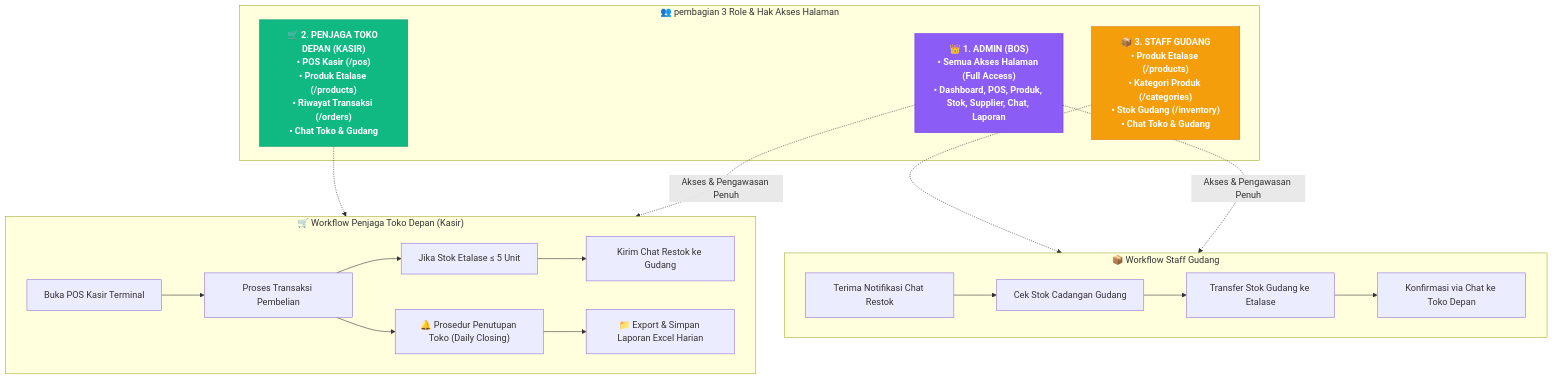
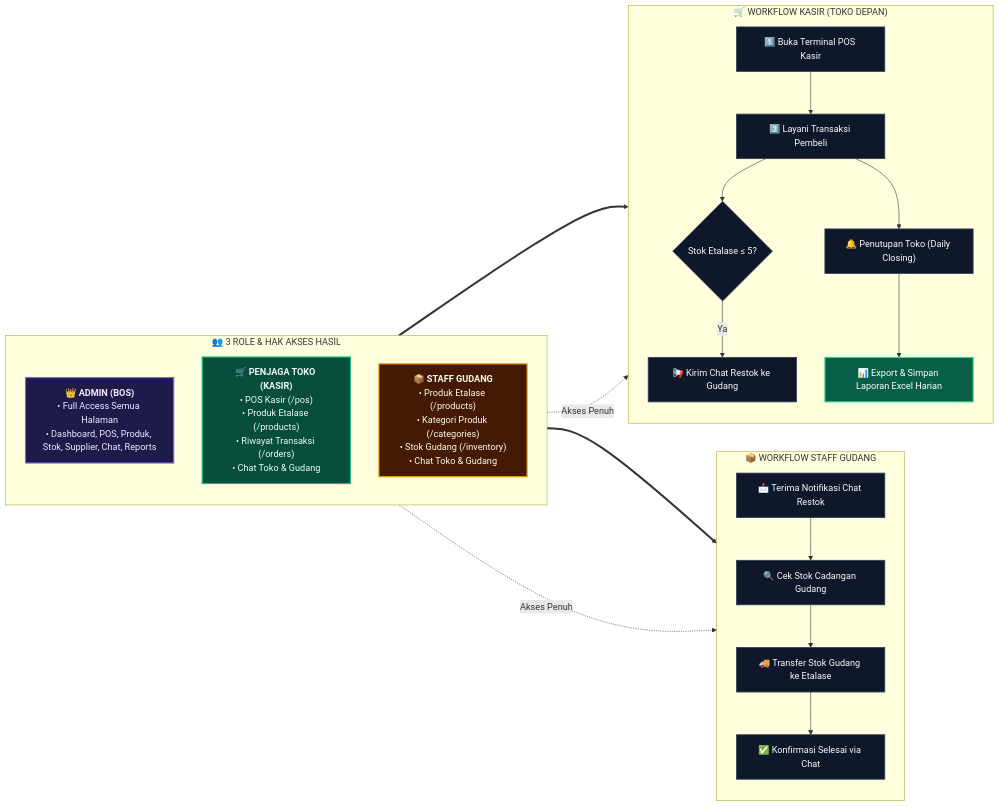
Before and after one commit to alberic13/pos-web-zalde: the first of 2 diagrams in README.md, drawn with Mermaid.

````diff
--- a/README.md
+++ b/README.md
@@ -9,32 +9,41 @@
 ```mermaid
-graph TD
-    classDef admin fill:#8b5cf6,stroke:#7c3aed,color:#ffffff,font-weight:bold
-    classDef kasir fill:#10b981,stroke:#059669,color:#ffffff,font-weight:bold
-    classDef gudang fill:#f59e0b,stroke:#d97706,color:#ffffff,font-weight:bold
-    classDef process fill:#0f172a,stroke:#334155,color:#f8fafc
+flowchart LR
+    %% Styling Classes
+    classDef roleAdmin fill:#1e1b4b,stroke:#8b5cf6,stroke-width:2px,color:#f3e8ff
+    classDef roleKasir fill:#064e3b,stroke:#10b981,stroke-width:2px,color:#ecfdf5
+    classDef roleGudang fill:#451a03,stroke:#f59e0b,stroke-width:2px,color:#fffbeb
+    classDef stepNode fill:#0f172a,stroke:#334155,stroke-width:1.5px,color:#f8fafc
+    classDef highlightNode fill:#065f46,stroke:#34d399,stroke-width:2px,color:#ffffff
 
-    subgraph ROLES[" 👥 pembagian 3 Role & Hak Akses Halaman "]
-        ADMIN["👑 1. ADMIN (BOS)<br/>• Semua Akses Halaman (Full Access)<br/>• Dashboard, POS, Produk, Stok, Supplier, Chat, Laporan"]:::admin
-        KASIR["🛒 2. PENJAGA TOKO DEPAN (KASIR)<br/>• POS Kasir (/pos)<br/>• Produk Etalase (/products)<br/>• Riwayat Transaksi (/orders)<br/>• Chat Toko & Gudang"]:::kasir
-        GUDANG["📦 3. STAFF GUDANG<br/>• Produk Etalase (/products)<br/>• Kategori Produk (/categories)<br/>• Stok Gudang (/inventory)<br/>• Chat Toko & Gudang"]:::gudang
+    %% 1. ROLES DEFINITION
+    subgraph ROLES[" 👥 3 ROLE & HAK AKSES HASIL "]
+        direction TB
+        ADMIN["👑 <b>ADMIN (BOS)</b><br/>• Full Access Semua Halaman<br/>• Dashboard, POS, Produk, Stok, Supplier, Chat, Reports"]:::roleAdmin
+        KASIR["🛒 <b>PENJAGA TOKO (KASIR)</b><br/>• POS Kasir (/pos)<br/>• Produk Etalase (/products)<br/>• Riwayat Transaksi (/orders)<br/>• Chat Toko & Gudang"]:::roleKasir
+        GUDANG["📦 <b>STAFF GUDANG</b><br/>• Produk Etalase (/products)<br/>• Kategori Produk (/categories)<br/>• Stok Gudang (/inventory)<br/>• Chat Toko & Gudang"]:::roleGudang
     end
 
-    subgraph KASIR_FLOW[" 🛒 Workflow Penjaga Toko Depan (Kasir) "]
-        K1["Buka POS Kasir Terminal"] --> K2["Proses Transaksi Pembelian"]
-        K2 --> K3["Jika Stok Etalase ≤ 5 Unit"]
-        K3 --> K4["Kirim Chat Restok ke Gudang"]
-        K2 --> K5["🔔 Prosedur Penutupan Toko (Daily Closing)"]
-        K5 --> K6["📁 Export & Simpan Laporan Excel Harian"]
+    %% 2. KASIR WORKFLOW
+    subgraph KASIR_FLOW[" 🛒 WORKFLOW KASIR (TOKO DEPAN) "]
+        direction TB
+        K1["1️⃣ Buka Terminal POS Kasir"]:::stepNode --> K2["2️⃣ Layani Transaksi Pembeli"]:::stepNode
+        K2 --> K3{"Stok Etalase ≤ 5?"}:::stepNode
+        K3 -- Ya --> K4["📢 Kirim Chat Restok ke Gudang"]:::stepNode
+        K2 --> K5["🔔 Penutupan Toko (Daily Closing)"]:::stepNode
+        K5 --> K6["📊 Export & Simpan Laporan Excel Harian"]:::highlightNode
     end
 
-    subgraph GUDANG_FLOW[" 📦 Workflow Staff Gudang "]
-        G1["Terima Notifikasi Chat Restok"] --> G2["Cek Stok Cadangan Gudang"]
-        G2 --> G3["Transfer Stok Gudang ke Etalase"]
-        G3 --> G4["Konfirmasi via Chat ke Toko Depan"]
+    %% 3. GUDANG WORKFLOW
+    subgraph GUDANG_FLOW[" 📦 WORKFLOW STAFF GUDANG "]
+        direction TB
+        G1["📩 Terima Notifikasi Chat Restok"]:::stepNode --> G2["🔍 Cek Stok Cadangan Gudang"]:::stepNode
+        G2 --> G3["🚚 Transfer Stok Gudang ke Etalase"]:::stepNode
+        G3 --> G4["✅ Konfirmasi Selesai via Chat"]:::stepNode
     end
 
-    KASIR -.-> KASIR_FLOW
-    GUDANG -.-> GUDANG_FLOW
-    ADMIN -.->|Akses & Pengawasan Penuh| KASIR_FLOW
-    ADMIN -.->|Akses & Pengawasan Penuh| GUDANG_FLOW
+    %% CONNECTIVITY
+    KASIR ==> KASIR_FLOW
+    GUDANG ==> GUDANG_FLOW
+    ADMIN -. Akses Penuh .-> KASIR_FLOW
+    ADMIN -. Akses Penuh .-> GUDANG_FLOW
 ```
````
